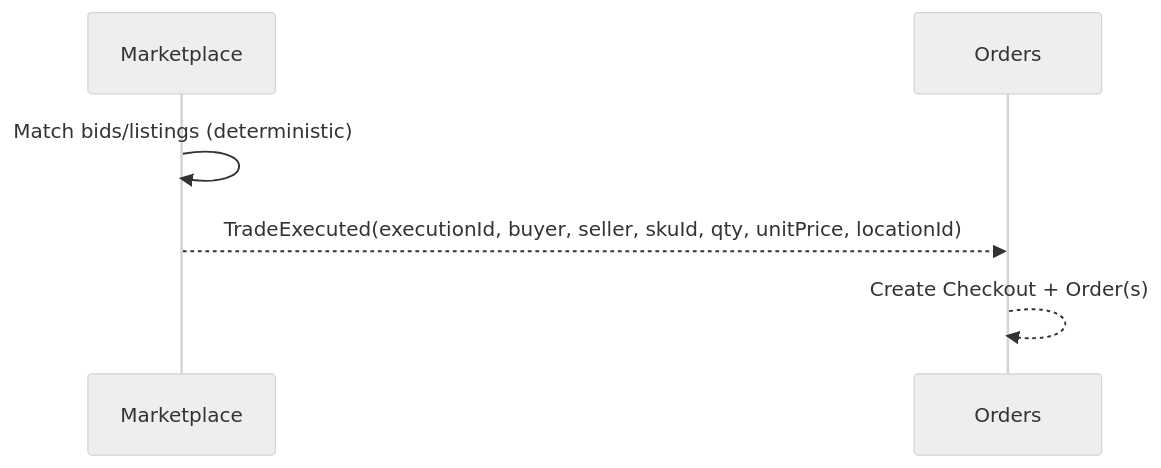
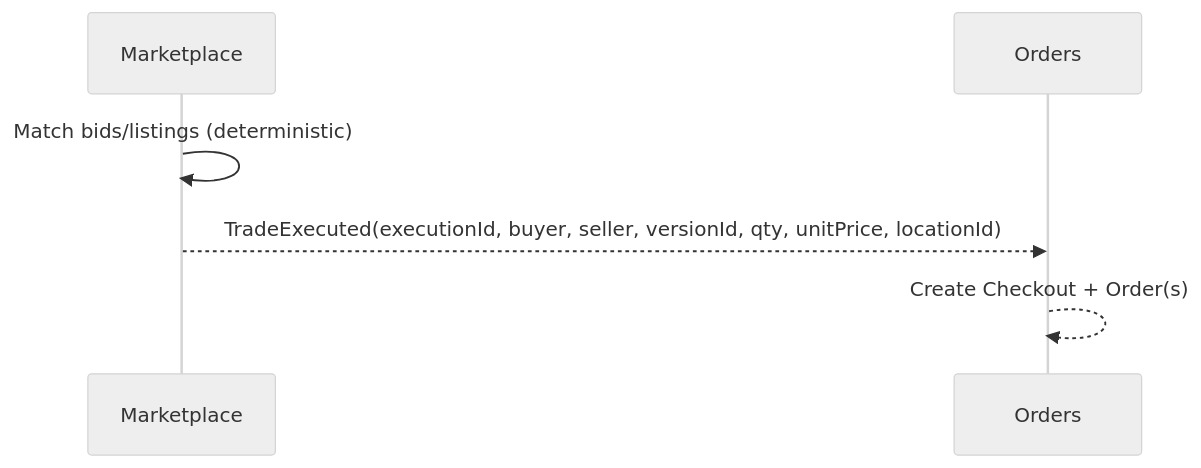
Before and after one commit to todd-skelton/chase-sets: the fourth of 7 diagrams in artifacts/18-mvp-workflows-and-event-flows.md, drawn with Mermaid (neutral theme). The commit also changed other lines of this file and 17 other files, not shown here.

Commit message:
docs: replace SKU terminology with version IDs

````diff
--- a/artifacts/18-mvp-workflows-and-event-flows.md
+++ b/artifacts/18-mvp-workflows-and-event-flows.md
@@ -128,9 +128,9 @@
 ```mermaid
 sequenceDiagram
   participant M as Marketplace
   participant O as Orders
 
   M->>M: Match bids/listings (deterministic)
-  M-->>O: TradeExecuted(executionId, buyer, seller, skuId, qty, unitPrice, locationId)
+  M-->>O: TradeExecuted(executionId, buyer, seller, versionId, qty, unitPrice, locationId)
   O-->>O: Create Checkout + Order(s)
 ```
````
